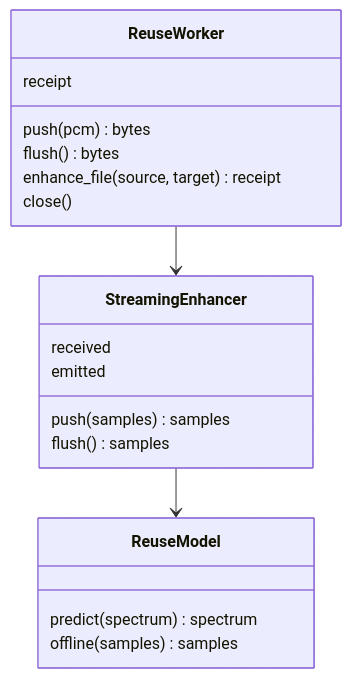
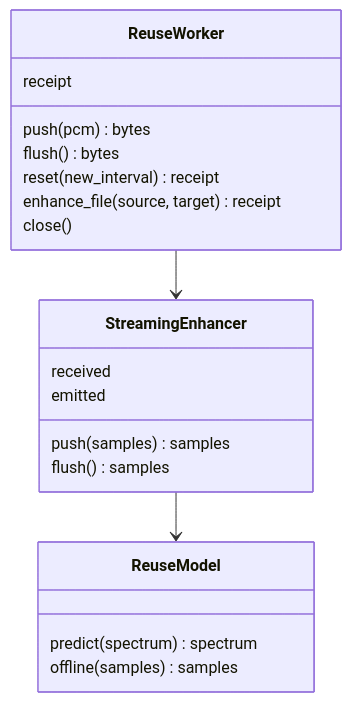
One commit to JasonLn0711/project_aura changed the third of 4 diagrams in docs/architecture/reuse-c4.md. Above: the diagram before and after it, drawn with Mermaid. The commit also changed other lines of this file and 7 other files, not shown here.

Commit message:
docs: connect speech-guard architecture and availability evidence

````diff
--- a/docs/architecture/reuse-c4.md
+++ b/docs/architecture/reuse-c4.md
@@ -74,22 +181,23 @@
 ```mermaid
 classDiagram
   class ReuseWorker {
     receipt
     push(pcm) bytes
     flush() bytes
+    reset(new_interval) receipt
     enhance_file(source, target) receipt
     close()
   }
   class StreamingEnhancer {
     received
     emitted
     push(samples) samples
     flush() samples
   }
   class ReuseModel {
     predict(spectrum) spectrum
     offline(samples) samples
   }
   ReuseWorker --> StreamingEnhancer
   StreamingEnhancer --> ReuseModel
 ```
````
